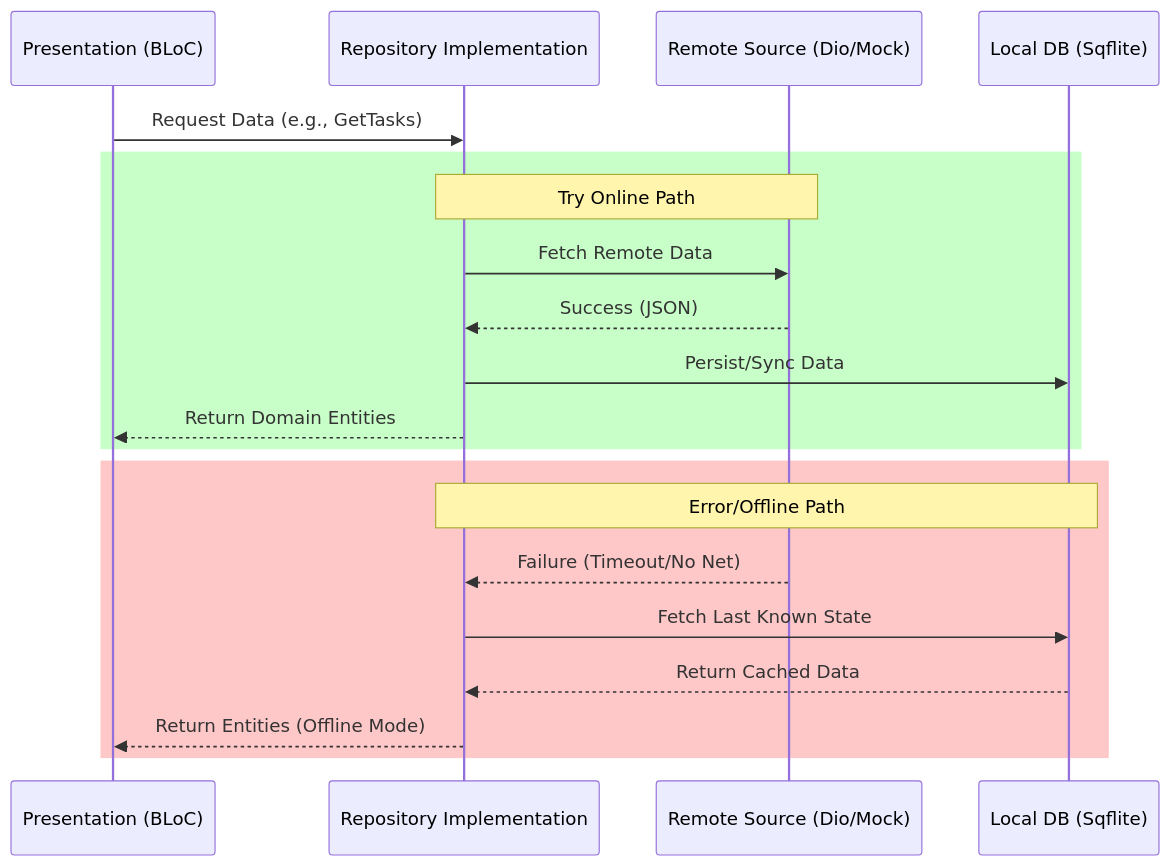
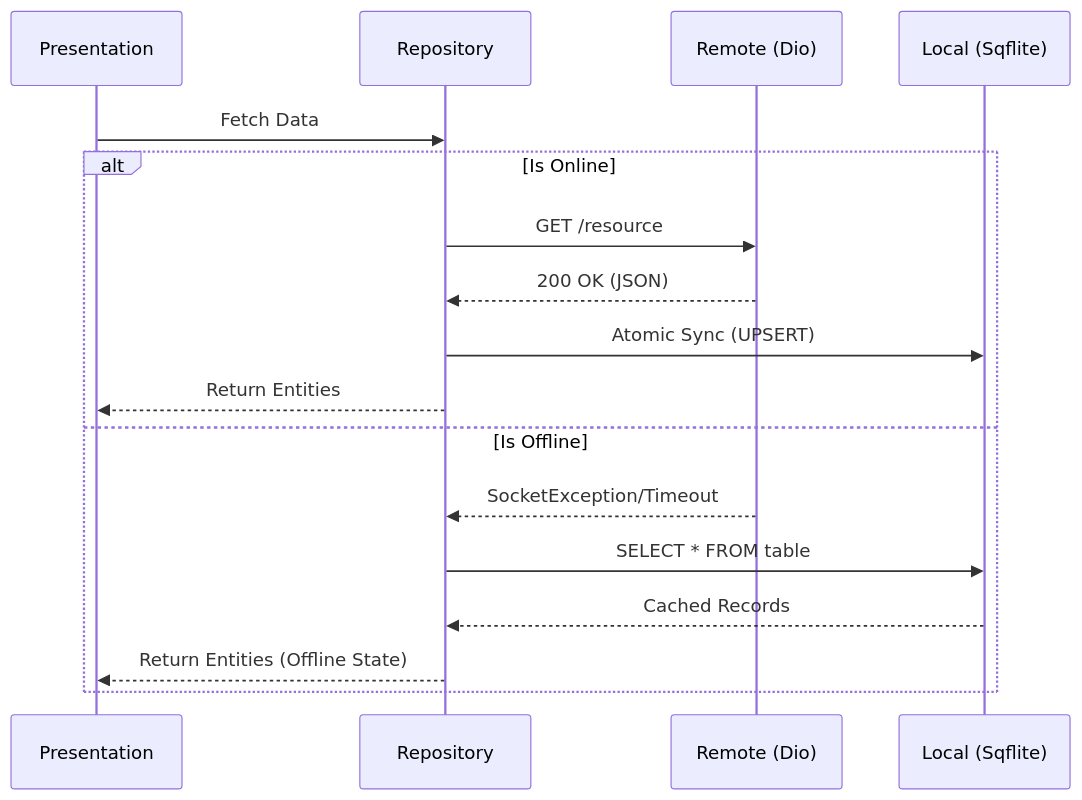
The second of 2 diagrams in README.md (ishaque-dev/grubpac), drawn with Mermaid before and after one commit. The commit also changed other lines of this file and 5 other files, not shown here.

````diff
--- a/README.md
+++ b/README.md
@@ -46,25 +46,21 @@
 ```mermaid
 sequenceDiagram
-    participant UI as Presentation (BLoC)
-    participant Repo as Repository Implementation
-    participant Remote as Remote Source (Dio/Mock)
-    participant Local as Local DB (Sqflite)
+    participant UI as Presentation
+    participant Repo as Repository
+    participant Remote as Remote (Dio)
+    participant Local as Local (Sqflite)
 
-    UI->>Repo: Request Data (e.g., GetTasks)
+    UI->>Repo: Fetch Data
     
-    rect rgb(200, 255, 200)
-    Note over Repo, Remote: Try Online Path
-    Repo->>Remote: Fetch Remote Data
-    Remote-->>Repo: Success (JSON)
-    Repo->>Local: Persist/Sync Data
-    Repo-->>UI: Return Domain Entities
-    end
-
-    rect rgb(255, 200, 200)
-    Note over Repo, Local: Error/Offline Path
-    Remote-->>Repo: Failure (Timeout/No Net)
-    Repo->>Local: Fetch Last Known State
-    Local-->>Repo: Return Cached Data
-    Repo-->>UI: Return Entities (Offline Mode)
+    alt Is Online
+        Repo->>Remote: GET /resource
+        Remote-->>Repo: 200 OK (JSON)
+        Repo->>Local: Atomic Sync (UPSERT)
+        Repo-->>UI: Return Entities
+    else Is Offline
+        Remote-->>Repo: SocketException/Timeout
+        Repo->>Local: SELECT * FROM table
+        Local-->>Repo: Cached Records
+        Repo-->>UI: Return Entities (Offline State)
     end
 ```
````
